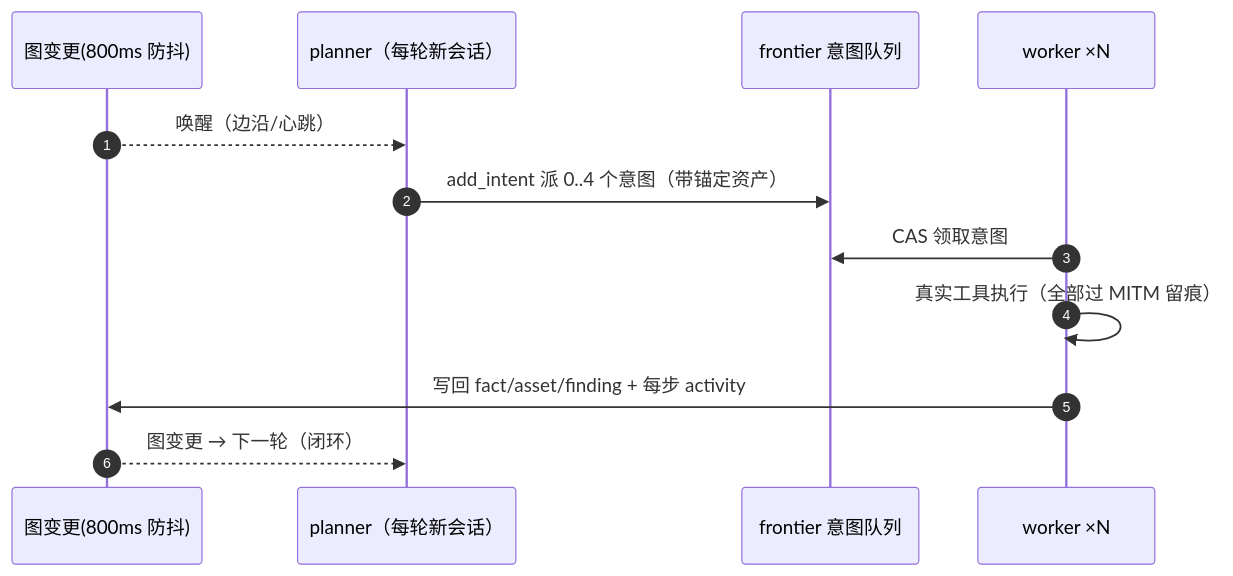
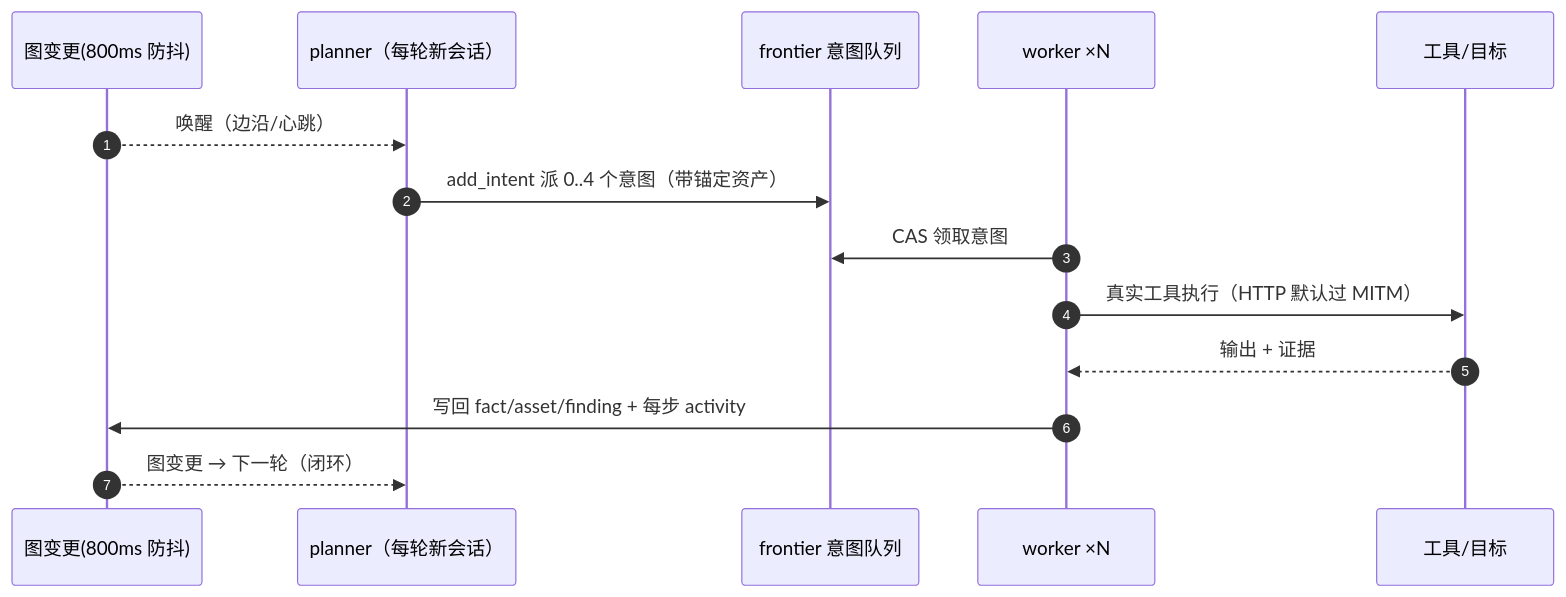
Before and after one commit to chu0119/Pojun: the first of 5 diagrams in README.md, drawn with Mermaid. The commit also changed other lines of this file and 30 other files, not shown here.

First line of the commit message:
docs: 重写 README，补全特色能力与合成演示截图

````diff
--- a/README.md
+++ b/README.md
@@ -180,14 +245,16 @@
 ```mermaid
 sequenceDiagram
   autonumber
   participant EV as 图变更(800ms 防抖)
   participant P as planner（每轮新会话）
   participant FR as frontier 意图队列
   participant W as worker ×N
+  participant T as 工具/目标
   EV-->>P: 唤醒（边沿/心跳）
   P->>FR: add_intent 派 0..4 个意图（带锚定资产）
   W->>FR: CAS 领取意图
-  W->>W: 真实工具执行（全部过 MITM 留痕）
+  W->>T: 真实工具执行（HTTP 默认过 MITM）
+  T-->>W: 输出 + 证据
   W->>EV: 写回 fact/asset/finding + 每步 activity
   EV-->>P: 图变更 → 下一轮（闭环）
 ```
````
